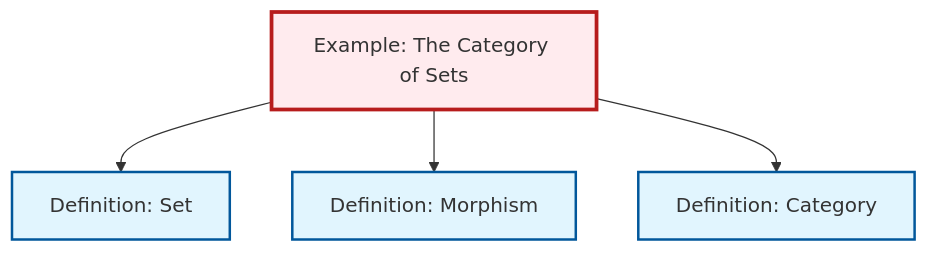
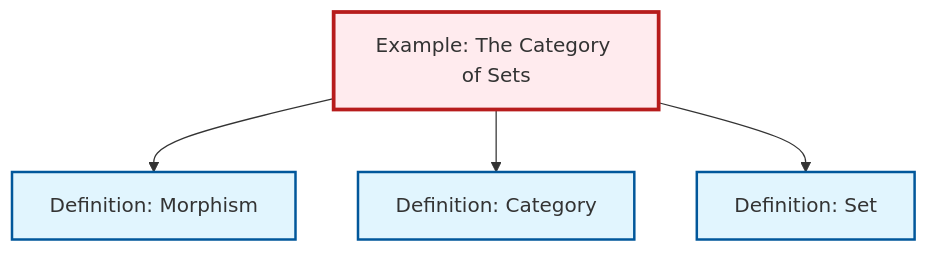
One commit to RK0429/ModernMath changed the diagram in content/ja/category-theory/ex-set-category.qmd. Above: the diagram before and after it, drawn with Mermaid. The commit also changed other lines of this file and 654 other files, not shown here.

````diff
--- a/content/ja/category-theory/ex-set-category.qmd
+++ b/content/ja/category-theory/ex-set-category.qmd
@@ -69,20 +69,20 @@
 ```{mermaid}
 %%| fig-cap: "Local dependency graph"
 graph TD
     classDef definition fill:#e1f5fe,stroke:#01579b,stroke-width:2px
     classDef theorem fill:#f3e5f5,stroke:#4a148c,stroke-width:2px
     classDef axiom fill:#fff3e0,stroke:#e65100,stroke-width:2px
     classDef example fill:#e8f5e9,stroke:#1b5e20,stroke-width:2px
     classDef current fill:#ffebee,stroke:#b71c1c,stroke-width:3px
+    def-set["Definition: Set"]:::definition
     ex-set-category["Example: The Category of Sets"]:::example
     def-category["Definition: Category"]:::definition
     def-morphism["Definition: Morphism"]:::definition
-    def-set["Definition: Set"]:::definition
-    ex-set-category --> def-set
     ex-set-category --> def-morphism
     ex-set-category --> def-category
+    ex-set-category --> def-set
     class ex-set-category current
+    click def-set "def-set.html" "Definition: Setへ"
     click def-category "def-category.html" "Definition: Categoryへ"
     click def-morphism "def-morphism.html" "Definition: Morphismへ"
-    click def-set "def-set.html" "Definition: Setへ"
 ```
````
